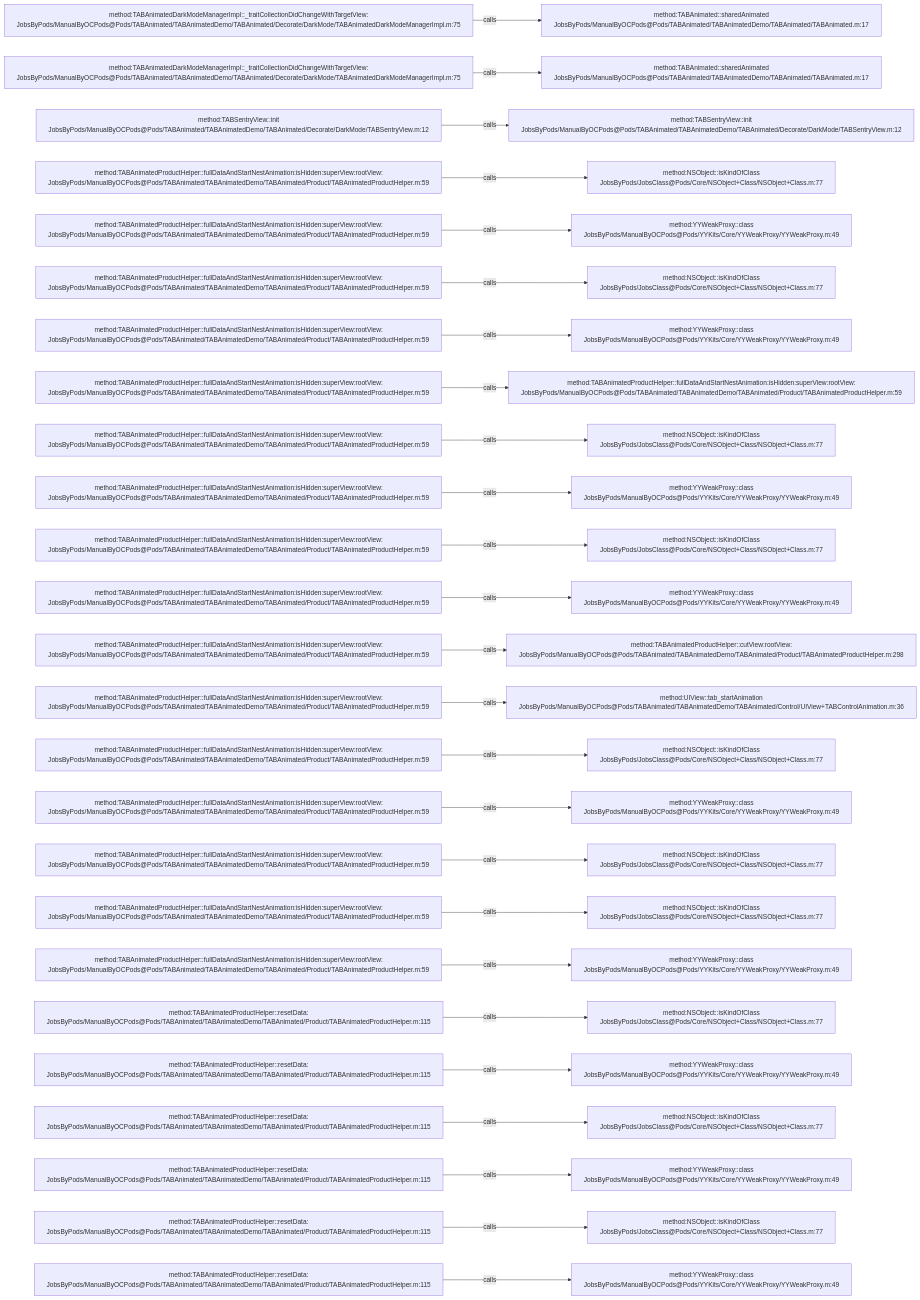
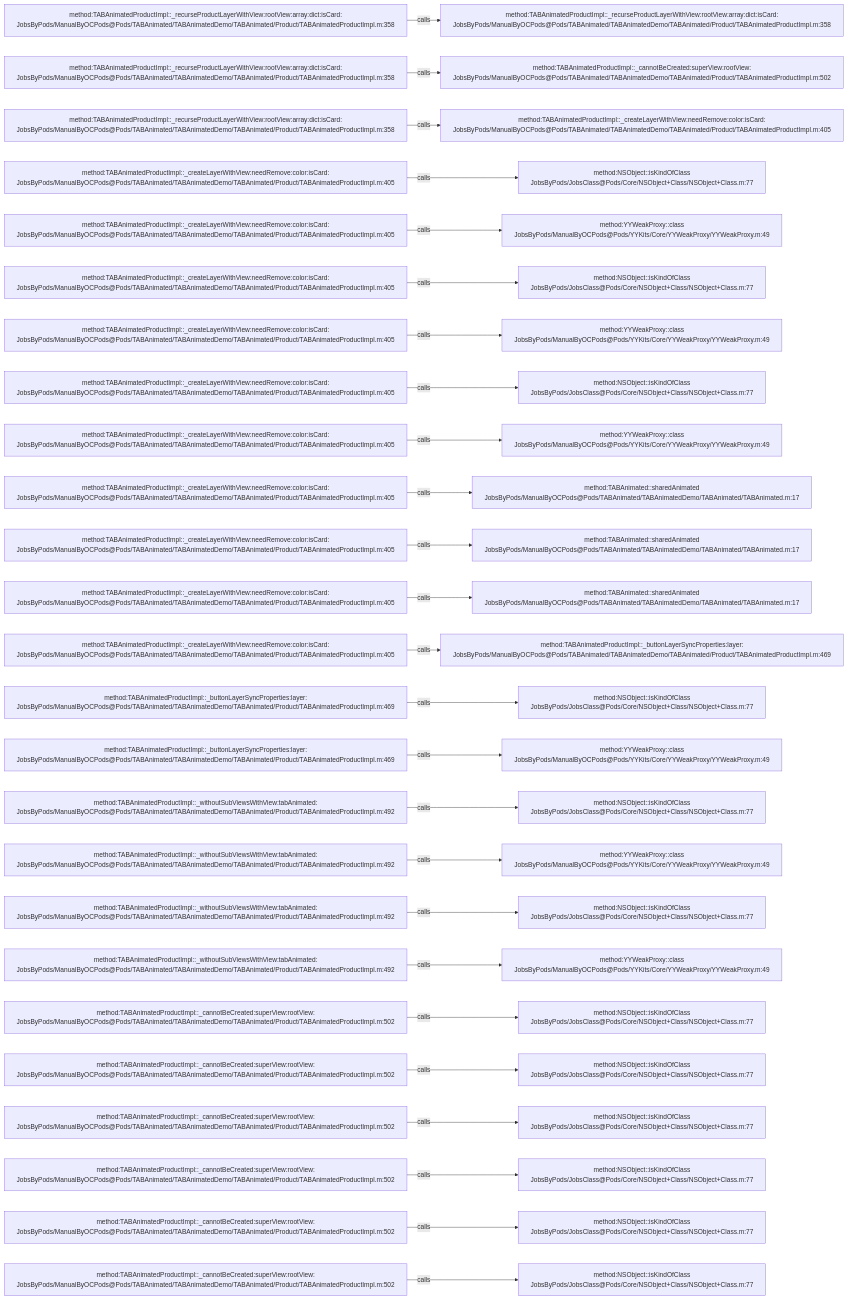
Before and after one commit to JobsKits/JobsOCBaseConfigDemo: the diagram in .codegraph/codegraph.md/graphs/calls-034.md, drawn with Mermaid. The commit also changed 1353 other files, not shown here.

````diff
--- a/.codegraph/codegraph.md/graphs/calls-034.md
+++ b/.codegraph/codegraph.md/graphs/calls-034.md
@@ -13,78 +13,78 @@
 ```mermaid
 flowchart LR
-  S1["method:TABAnimatedDarkModeManagerImpl::_traitCollectionDidChangeWithTargetView:<br/>JobsByPods/ManualByOCPods@Pods/TABAnimated/TABAnimatedDemo/TABAnimated/Decorate/DarkMode/TABAnimatedDarkModeManagerImpl.m:75"]
-  T1["method:TABAnimated::sharedAnimated<br/>JobsByPods/ManualByOCPods@Pods/TABAnimated/TABAnimatedDemo/TABAnimated/TABAnimated.m:17"]
+  S1["method:TABAnimatedProductImpl::_recurseProductLayerWithView:rootView:array:dict:isCard:<br/>JobsByPods/ManualByOCPods@Pods/TABAnimated/TABAnimatedDemo/TABAnimated/Product/TABAnimatedProductImpl.m:358"]
+  T1["method:TABAnimatedProductImpl::_recurseProductLayerWithView:rootView:array:dict:isCard:<br/>JobsByPods/ManualByOCPods@Pods/TABAnimated/TABAnimatedDemo/TABAnimated/Product/TABAnimatedProductImpl.m:358"]
   S1 -->|calls| T1
-  S2["method:TABAnimatedDarkModeManagerImpl::_traitCollectionDidChangeWithTargetView:<br/>JobsByPods/ManualByOCPods@Pods/TABAnimated/TABAnimatedDemo/TABAnimated/Decorate/DarkMode/TABAnimatedDarkModeManagerImpl.m:75"]
-  T2["method:TABAnimated::sharedAnimated<br/>JobsByPods/ManualByOCPods@Pods/TABAnimated/TABAnimatedDemo/TABAnimated/TABAnimated.m:17"]
+  S2["method:TABAnimatedProductImpl::_recurseProductLayerWithView:rootView:array:dict:isCard:<br/>JobsByPods/ManualByOCPods@Pods/TABAnimated/TABAnimatedDemo/TABAnimated/Product/TABAnimatedProductImpl.m:358"]
+  T2["method:TABAnimatedProductImpl::_cannotBeCreated:superView:rootView:<br/>JobsByPods/ManualByOCPods@Pods/TABAnimated/TABAnimatedDemo/TABAnimated/Product/TABAnimatedProductImpl.m:502"]
   S2 -->|calls| T2
-  S3["method:TABSentryView::init<br/>JobsByPods/ManualByOCPods@Pods/TABAnimated/TABAnimatedDemo/TABAnimated/Decorate/DarkMode/TABSentryView.m:12"]
-  T3["method:TABSentryView::init<br/>JobsByPods/ManualByOCPods@Pods/TABAnimated/TABAnimatedDemo/TABAnimated/Decorate/DarkMode/TABSentryView.m:12"]
+  S3["method:TABAnimatedProductImpl::_recurseProductLayerWithView:rootView:array:dict:isCard:<br/>JobsByPods/ManualByOCPods@Pods/TABAnimated/TABAnimatedDemo/TABAnimated/Product/TABAnimatedProductImpl.m:358"]
+  T3["method:TABAnimatedProductImpl::_createLayerWithView:needRemove:color:isCard:<br/>JobsByPods/ManualByOCPods@Pods/TABAnimated/TABAnimatedDemo/TABAnimated/Product/TABAnimatedProductImpl.m:405"]
   S3 -->|calls| T3
-  S4["method:TABAnimatedProductHelper::fullDataAndStartNestAnimation:isHidden:superView:rootView:<br/>JobsByPods/ManualByOCPods@Pods/TABAnimated/TABAnimatedDemo/TABAnimated/Product/TABAnimatedProductHelper.m:59"]
+  S4["method:TABAnimatedProductImpl::_createLayerWithView:needRemove:color:isCard:<br/>JobsByPods/ManualByOCPods@Pods/TABAnimated/TABAnimatedDemo/TABAnimated/Product/TABAnimatedProductImpl.m:405"]
   T4["method:NSObject::isKindOfClass<br/>JobsByPods/JobsClass@Pods/Core/NSObject+Class/NSObject+Class.m:77"]
   S4 -->|calls| T4
-  S5["method:TABAnimatedProductHelper::fullDataAndStartNestAnimation:isHidden:superView:rootView:<br/>JobsByPods/ManualByOCPods@Pods/TABAnimated/TABAnimatedDemo/TABAnimated/Product/TABAnimatedProductHelper.m:59"]
+  S5["method:TABAnimatedProductImpl::_createLayerWithView:needRemove:color:isCard:<br/>JobsByPods/ManualByOCPods@Pods/TABAnimated/TABAnimatedDemo/TABAnimated/Product/TABAnimatedProductImpl.m:405"]
   T5["method:YYWeakProxy::class<br/>JobsByPods/ManualByOCPods@Pods/YYKits/Core/YYWeakProxy/YYWeakProxy.m:49"]
   S5 -->|calls| T5
-  S6["method:TABAnimatedProductHelper::fullDataAndStartNestAnimation:isHidden:superView:rootView:<br/>JobsByPods/ManualByOCPods@Pods/TABAnimated/TABAnimatedDemo/TABAnimated/Product/TABAnimatedProductHelper.m:59"]
+  S6["method:TABAnimatedProductImpl::_createLayerWithView:needRemove:color:isCard:<br/>JobsByPods/ManualByOCPods@Pods/TABAnimated/TABAnimatedDemo/TABAnimated/Product/TABAnimatedProductImpl.m:405"]
   T6["method:NSObject::isKindOfClass<br/>JobsByPods/JobsClass@Pods/Core/NSObject+Class/NSObject+Class.m:77"]
   S6 -->|calls| T6
-  S7["method:TABAnimatedProductHelper::fullDataAndStartNestAnimation:isHidden:superView:rootView:<br/>JobsByPods/ManualByOCPods@Pods/TABAnimated/TABAnimatedDemo/TABAnimated/Product/TABAnimatedProductHelper.m:59"]
+  S7["method:TABAnimatedProductImpl::_createLayerWithView:needRemove:color:isCard:<br/>JobsByPods/ManualByOCPods@Pods/TABAnimated/TABAnimatedDemo/TABAnimated/Product/TABAnimatedProductImpl.m:405"]
   T7["method:YYWeakProxy::class<br/>JobsByPods/ManualByOCPods@Pods/YYKits/Core/YYWeakProxy/YYWeakProxy.m:49"]
   S7 -->|calls| T7
-  S8["method:TABAnimatedProductHelper::fullDataAndStartNestAnimation:isHidden:superView:rootView:<br/>JobsByPods/ManualByOCPods@Pods/TABAnimated/TABAnimatedDemo/TABAnimated/Product/TABAnimatedProductHelper.m:59"]
-  T8["method:TABAnimatedProductHelper::fullDataAndStartNestAnimation:isHidden:superView:rootView:<br/>JobsByPods/ManualByOCPods@Pods/TABAnimated/TABAnimatedDemo/TABAnimated/Product/TABAnimatedProductHelper.m:59"]
+  S8["method:TABAnimatedProductImpl::_createLayerWithView:needRemove:color:isCard:<br/>JobsByPods/ManualByOCPods@Pods/TABAnimated/TABAnimatedDemo/TABAnimated/Product/TABAnimatedProductImpl.m:405"]
+  T8["method:NSObject::isKindOfClass<br/>JobsByPods/JobsClass@Pods/Core/NSObject+Class/NSObject+Class.m:77"]
   S8 -->|calls| T8
-  S9["method:TABAnimatedProductHelper::fullDataAndStartNestAnimation:isHidden:superView:rootView:<br/>JobsByPods/ManualByOCPods@Pods/TABAnimated/TABAnimatedDemo/TABAnimated/Product/TABAnimatedProductHelper.m:59"]
-  T9["method:NSObject::isKindOfClass<br/>JobsByPods/JobsClass@Pods/Core/NSObject+Class/NSObject+Class.m:77"]
+  S9["method:TABAnimatedProductImpl::_createLayerWithView:needRemove:color:isCard:<br/>JobsByPods/ManualByOCPods@Pods/TABAnimated/TABAnimatedDemo/TABAnimated/Product/TABAnimatedProductImpl.m:405"]
+  T9["method:YYWeakProxy::class<br/>JobsByPods/ManualByOCPods@Pods/YYKits/Core/YYWeakProxy/YYWeakProxy.m:49"]
   S9 -->|calls| T9
-  S10["method:TABAnimatedProductHelper::fullDataAndStartNestAnimation:isHidden:superView:rootView:<br/>JobsByPods/ManualByOCPods@Pods/TABAnimated/TABAnimatedDemo/TABAnimated/Product/TABAnimatedProductHelper.m:59"]
-  T10["method:YYWeakProxy::class<br/>JobsByPods/ManualByOCPods@Pods/YYKits/Core/YYWeakProxy/YYWeakProxy.m:49"]
+  S10["method:TABAnimatedProductImpl::_createLayerWithView:needRemove:color:isCard:<br/>JobsByPods/ManualByOCPods@Pods/TABAnimated/TABAnimatedDemo/TABAnimated/Product/TABAnimatedProductImpl.m:405"]
+  T10["method:TABAnimated::sharedAnimated<br/>JobsByPods/ManualByOCPods@Pods/TABAnimated/TABAnimatedDemo/TABAnimated/TABAnimated.m:17"]
   S10 -->|calls| T10
-  S11["method:TABAnimatedProductHelper::fullDataAndStartNestAnimation:isHidden:superView:rootView:<br/>JobsByPods/ManualByOCPods@Pods/TABAnimated/TABAnimatedDemo/TABAnimated/Product/TABAnimatedProductHelper.m:59"]
-  T11["method:NSObject::isKindOfClass<br/>JobsByPods/JobsClass@Pods/Core/NSObject+Class/NSObject+Class.m:77"]
+  S11["method:TABAnimatedProductImpl::_createLayerWithView:needRemove:color:isCard:<br/>JobsByPods/ManualByOCPods@Pods/TABAnimated/TABAnimatedDemo/TABAnimated/Product/TABAnimatedProductImpl.m:405"]
+  T11["method:TABAnimated::sharedAnimated<br/>JobsByPods/ManualByOCPods@Pods/TABAnimated/TABAnimatedDemo/TABAnimated/TABAnimated.m:17"]
   S11 -->|calls| T11
-  S12["method:TABAnimatedProductHelper::fullDataAndStartNestAnimation:isHidden:superView:rootView:<br/>JobsByPods/ManualByOCPods@Pods/TABAnimated/TABAnimatedDemo/TABAnimated/Product/TABAnimatedProductHelper.m:59"]
-  T12["method:YYWeakProxy::class<br/>JobsByPods/ManualByOCPods@Pods/YYKits/Core/YYWeakProxy/YYWeakProxy.m:49"]
+  S12["method:TABAnimatedProductImpl::_createLayerWithView:needRemove:color:isCard:<br/>JobsByPods/ManualByOCPods@Pods/TABAnimated/TABAnimatedDemo/TABAnimated/Product/TABAnimatedProductImpl.m:405"]
+  T12["method:TABAnimated::sharedAnimated<br/>JobsByPods/ManualByOCPods@Pods/TABAnimated/TABAnimatedDemo/TABAnimated/TABAnimated.m:17"]
   S12 -->|calls| T12
-  S13["method:TABAnimatedProductHelper::fullDataAndStartNestAnimation:isHidden:superView:rootView:<br/>JobsByPods/ManualByOCPods@Pods/TABAnimated/TABAnimatedDemo/TABAnimated/Product/TABAnimatedProductHelper.m:59"]
-  T13["method:TABAnimatedProductHelper::cutView:rootView:<br/>JobsByPods/ManualByOCPods@Pods/TABAnimated/TABAnimatedDemo/TABAnimated/Product/TABAnimatedProductHelper.m:298"]
+  S13["method:TABAnimatedProductImpl::_createLayerWithView:needRemove:color:isCard:<br/>JobsByPods/ManualByOCPods@Pods/TABAnimated/TABAnimatedDemo/TABAnimated/Product/TABAnimatedProductImpl.m:405"]
+  T13["method:TABAnimatedProductImpl::_buttonLayerSyncProperties:layer:<br/>JobsByPods/ManualByOCPods@Pods/TABAnimated/TABAnimatedDemo/TABAnimated/Product/TABAnimatedProductImpl.m:469"]
   S13 -->|calls| T13
-  S14["method:TABAnimatedProductHelper::fullDataAndStartNestAnimation:isHidden:superView:rootView:<br/>JobsByPods/ManualByOCPods@Pods/TABAnimated/TABAnimatedDemo/TABAnimated/Product/TABAnimatedProductHelper.m:59"]
-  T14["method:UIView::tab_startAnimation<br/>JobsByPods/ManualByOCPods@Pods/TABAnimated/TABAnimatedDemo/TABAnimated/Control/UIView+TABControlAnimation.m:36"]
+  S14["method:TABAnimatedProductImpl::_buttonLayerSyncProperties:layer:<br/>JobsByPods/ManualByOCPods@Pods/TABAnimated/TABAnimatedDemo/TABAnimated/Product/TABAnimatedProductImpl.m:469"]
+  T14["method:NSObject::isKindOfClass<br/>JobsByPods/JobsClass@Pods/Core/NSObject+Class/NSObject+Class.m:77"]
   S14 -->|calls| T14
-  S15["method:TABAnimatedProductHelper::fullDataAndStartNestAnimation:isHidden:superView:rootView:<br/>JobsByPods/ManualByOCPods@Pods/TABAnimated/TABAnimatedDemo/TABAnimated/Product/TABAnimatedProductHelper.m:59"]
-  T15["method:NSObject::isKindOfClass<br/>JobsByPods/JobsClass@Pods/Core/NSObject+Class/NSObject+Class.m:77"]
+  S15["method:TABAnimatedProductImpl::_buttonLayerSyncProperties:layer:<br/>JobsByPods/ManualByOCPods@Pods/TABAnimated/TABAnimatedDemo/TABAnimated/Product/TABAnimatedProductImpl.m:469"]
+  T15["method:YYWeakProxy::class<br/>JobsByPods/ManualByOCPods@Pods/YYKits/Core/YYWeakProxy/YYWeakProxy.m:49"]
   S15 -->|calls| T15
-  S16["method:TABAnimatedProductHelper::fullDataAndStartNestAnimation:isHidden:superView:rootView:<br/>JobsByPods/ManualByOCPods@Pods/TABAnimated/TABAnimatedDemo/TABAnimated/Product/TABAnimatedProductHelper.m:59"]
-  T16["method:YYWeakProxy::class<br/>JobsByPods/ManualByOCPods@Pods/YYKits/Core/YYWeakProxy/YYWeakProxy.m:49"]
+  S16["method:TABAnimatedProductImpl::_withoutSubViewsWithView:tabAnimated:<br/>JobsByPods/ManualByOCPods@Pods/TABAnimated/TABAnimatedDemo/TABAnimated/Product/TABAnimatedProductImpl.m:492"]
+  T16["method:NSObject::isKindOfClass<br/>JobsByPods/JobsClass@Pods/Core/NSObject+Class/NSObject+Class.m:77"]
   S16 -->|calls| T16
-  S17["method:TABAnimatedProductHelper::fullDataAndStartNestAnimation:isHidden:superView:rootView:<br/>JobsByPods/ManualByOCPods@Pods/TABAnimated/TABAnimatedDemo/TABAnimated/Product/TABAnimatedProductHelper.m:59"]
-  T17["method:NSObject::isKindOfClass<br/>JobsByPods/JobsClass@Pods/Core/NSObject+Class/NSObject+Class.m:77"]
+  S17["method:TABAnimatedProductImpl::_withoutSubViewsWithView:tabAnimated:<br/>JobsByPods/ManualByOCPods@Pods/TABAnimated/TABAnimatedDemo/TABAnimated/Product/TABAnimatedProductImpl.m:492"]
+  T17["method:YYWeakProxy::class<br/>JobsByPods/ManualByOCPods@Pods/YYKits/Core/YYWeakProxy/YYWeakProxy.m:49"]
   S17 -->|calls| T17
-  S18["method:TABAnimatedProductHelper::fullDataAndStartNestAnimation:isHidden:superView:rootView:<br/>JobsByPods/ManualByOCPods@Pods/TABAnimated/TABAnimatedDemo/TABAnimated/Product/TABAnimatedProductHelper.m:59"]
+  S18["method:TABAnimatedProductImpl::_withoutSubViewsWithView:tabAnimated:<br/>JobsByPods/ManualByOCPods@Pods/TABAnimated/TABAnimatedDemo/TABAnimated/Product/TABAnimatedProductImpl.m:492"]
   T18["method:NSObject::isKindOfClass<br/>JobsByPods/JobsClass@Pods/Core/NSObject+Class/NSObject+Class.m:77"]
   S18 -->|calls| T18
-  S19["method:TABAnimatedProductHelper::fullDataAndStartNestAnimation:isHidden:superView:rootView:<br/>JobsByPods/ManualByOCPods@Pods/TABAnimated/TABAnimatedDemo/TABAnimated/Product/TABAnimatedProductHelper.m:59"]
+  S19["method:TABAnimatedProductImpl::_withoutSubViewsWithView:tabAnimated:<br/>JobsByPods/ManualByOCPods@Pods/TABAnimated/TABAnimatedDemo/TABAnimated/Product/TABAnimatedProductImpl.m:492"]
   T19["method:YYWeakProxy::class<br/>JobsByPods/ManualByOCPods@Pods/YYKits/Core/YYWeakProxy/YYWeakProxy.m:49"]
   S19 -->|calls| T19
-  S20["method:TABAnimatedProductHelper::resetData:<br/>JobsByPods/ManualByOCPods@Pods/TABAnimated/TABAnimatedDemo/TABAnimated/Product/TABAnimatedProductHelper.m:115"]
+  S20["method:TABAnimatedProductImpl::_cannotBeCreated:superView:rootView:<br/>JobsByPods/ManualByOCPods@Pods/TABAnimated/TABAnimatedDemo/TABAnimated/Product/TABAnimatedProductImpl.m:502"]
   T20["method:NSObject::isKindOfClass<br/>JobsByPods/JobsClass@Pods/Core/NSObject+Class/NSObject+Class.m:77"]
   S20 -->|calls| T20
-  S21["method:TABAnimatedProductHelper::resetData:<br/>JobsByPods/ManualByOCPods@Pods/TABAnimated/TABAnimatedDemo/TABAnimated/Product/TABAnimatedProductHelper.m:115"]
-  T21["method:YYWeakProxy::class<br/>JobsByPods/ManualByOCPods@Pods/YYKits/Core/YYWeakProxy/YYWeakProxy.m:49"]
+  S21["method:TABAnimatedProductImpl::_cannotBeCreated:superView:rootView:<br/>JobsByPods/ManualByOCPods@Pods/TABAnimated/TABAnimatedDemo/TABAnimated/Product/TABAnimatedProductImpl.m:502"]
+  T21["method:NSObject::isKindOfClass<br/>JobsByPods/JobsClass@Pods/Core/NSObject+Class/NSObject+Class.m:77"]
   S21 -->|calls| T21
-  S22["method:TABAnimatedProductHelper::resetData:<br/>JobsByPods/ManualByOCPods@Pods/TABAnimated/TABAnimatedDemo/TABAnimated/Product/TABAnimatedProductHelper.m:115"]
+  S22["method:TABAnimatedProductImpl::_cannotBeCreated:superView:rootView:<br/>JobsByPods/ManualByOCPods@Pods/TABAnimated/TABAnimatedDemo/TABAnimated/Product/TABAnimatedProductImpl.m:502"]
   T22["method:NSObject::isKindOfClass<br/>JobsByPods/JobsClass@Pods/Core/NSObject+Class/NSObject+Class.m:77"]
   S22 -->|calls| T22
-  S23["method:TABAnimatedProductHelper::resetData:<br/>JobsByPods/ManualByOCPods@Pods/TABAnimated/TABAnimatedDemo/TABAnimated/Product/TABAnimatedProductHelper.m:115"]
-  T23["method:YYWeakProxy::class<br/>JobsByPods/ManualByOCPods@Pods/YYKits/Core/YYWeakProxy/YYWeakProxy.m:49"]
+  S23["method:TABAnimatedProductImpl::_cannotBeCreated:superView:rootView:<br/>JobsByPods/ManualByOCPods@Pods/TABAnimated/TABAnimatedDemo/TABAnimated/Product/TABAnimatedProductImpl.m:502"]
+  T23["method:NSObject::isKindOfClass<br/>JobsByPods/JobsClass@Pods/Core/NSObject+Class/NSObject+Class.m:77"]
   S23 -->|calls| T23
-  S24["method:TABAnimatedProductHelper::resetData:<br/>JobsByPods/ManualByOCPods@Pods/TABAnimated/TABAnimatedDemo/TABAnimated/Product/TABAnimatedProductHelper.m:115"]
+  S24["method:TABAnimatedProductImpl::_cannotBeCreated:superView:rootView:<br/>JobsByPods/ManualByOCPods@Pods/TABAnimated/TABAnimatedDemo/TABAnimated/Product/TABAnimatedProductImpl.m:502"]
   T24["method:NSObject::isKindOfClass<br/>JobsByPods/JobsClass@Pods/Core/NSObject+Class/NSObject+Class.m:77"]
   S24 -->|calls| T24
-  S25["method:TABAnimatedProductHelper::resetData:<br/>JobsByPods/ManualByOCPods@Pods/TABAnimated/TABAnimatedDemo/TABAnimated/Product/TABAnimatedProductHelper.m:115"]
-  T25["method:YYWeakProxy::class<br/>JobsByPods/ManualByOCPods@Pods/YYKits/Core/YYWeakProxy/YYWeakProxy.m:49"]
+  S25["method:TABAnimatedProductImpl::_cannotBeCreated:superView:rootView:<br/>JobsByPods/ManualByOCPods@Pods/TABAnimated/TABAnimatedDemo/TABAnimated/Product/TABAnimatedProductImpl.m:502"]
+  T25["method:NSObject::isKindOfClass<br/>JobsByPods/JobsClass@Pods/Core/NSObject+Class/NSObject+Class.m:77"]
   S25 -->|calls| T25
 ```
````
